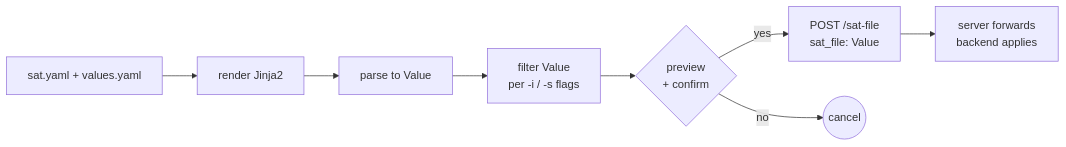
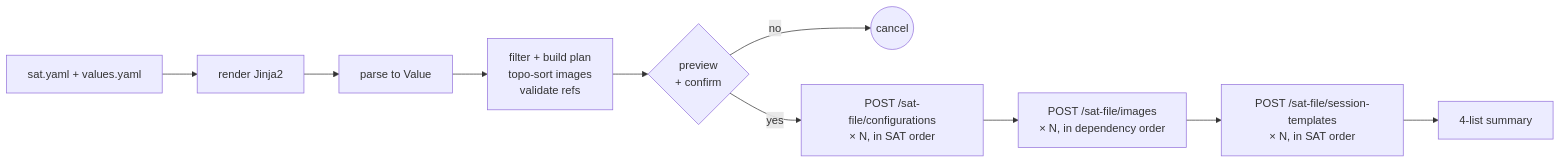
The diagram in GUIDE.md (eth-cscs/manta), drawn with Mermaid before and after one commit. The commit also changed other lines of this file and 4 other files, not shown here.

First line of the commit message:
docs: refresh SAT-file flow and add macOS config paths

````diff
--- a/GUIDE.md
+++ b/GUIDE.md
@@ -116,10 +118,12 @@
 ```mermaid
 flowchart LR
   A[sat.yaml + values.yaml] --> B[render Jinja2]
   B --> C[parse to Value]
-  C --> D[filter Value<br/>per -i / -s flags]
+  C --> D[filter + build plan<br/>topo-sort images<br/>validate refs]
   D --> E{preview<br/>+ confirm}
-  E -->|yes| F[POST /sat-file<br/>sat_file: Value]
   E -->|no| X((cancel))
-  F --> G[server forwards<br/>backend applies]
+  E -->|yes| F[POST /sat-file/configurations<br/>× N, in SAT order]
+  F --> G[POST /sat-file/images<br/>× N, in dependency order]
+  G --> H[POST /sat-file/session-templates<br/>× N, in SAT order]
+  H --> I[4-list summary]
 ```
````
